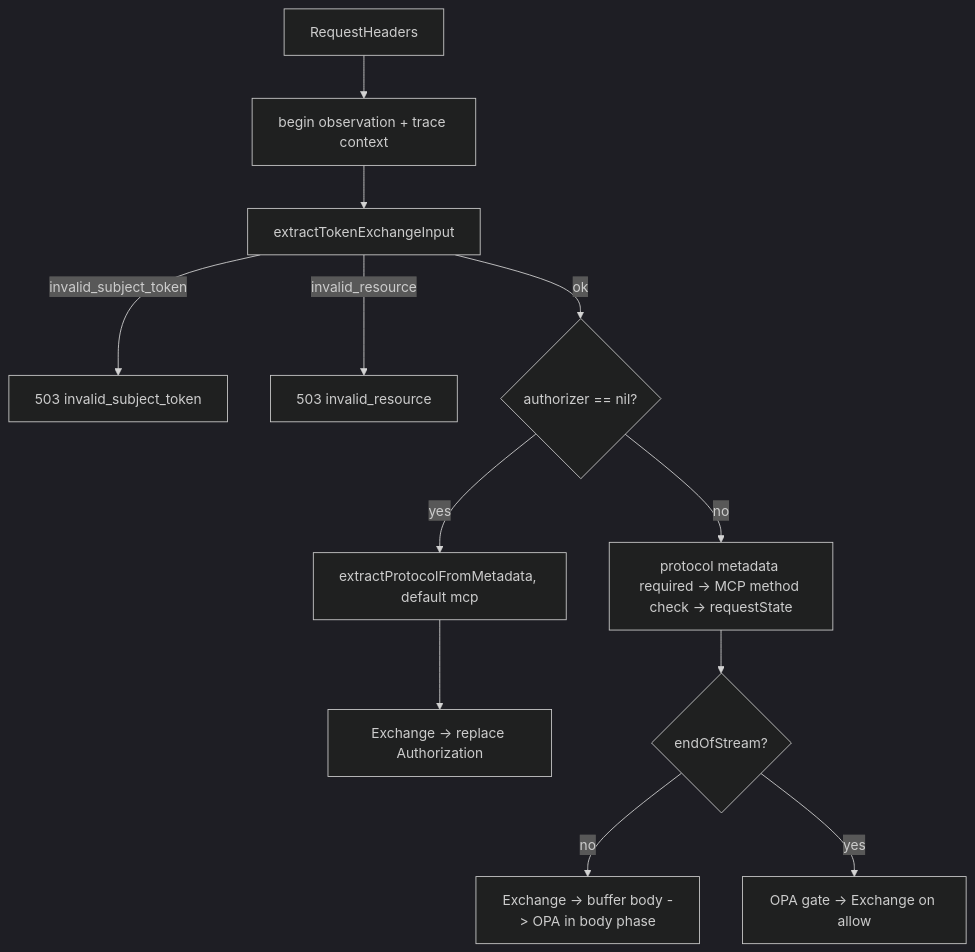
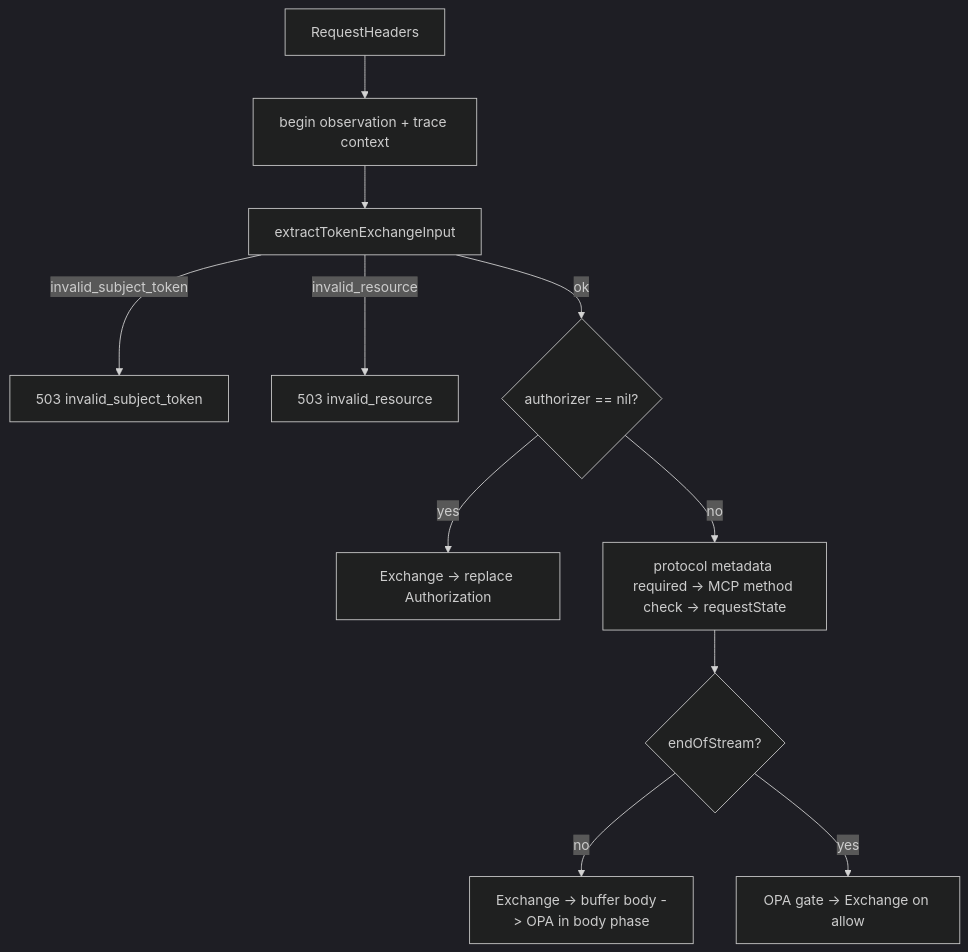
The diagram in specs/043-extproc-metadata-input/data-model.md (zalando-incubator/agentic-identity-broker), drawn with Mermaid (dark theme) before and after one commit. The commit also changed other lines of this file and 2 other files, not shown here.

````diff
--- a/specs/043-extproc-metadata-input/data-model.md
+++ b/specs/043-extproc-metadata-input/data-model.md
@@ -125,14 +125,13 @@
 ```mermaid
 flowchart TD
     A[RequestHeaders] --> B[begin observation + trace context]
     B --> C[extractTokenExchangeInput]
     C -->|invalid_subject_token| R1[503 invalid_subject_token]
     C -->|invalid_resource| R2[503 invalid_resource]
     C -->|ok| D{authorizer == nil?}
-    D -->|yes| E[extractProtocolFromMetadata, default mcp]
-    E --> F[Exchange -> replace Authorization]
+    D -->|yes| F[Exchange -> replace Authorization]
     D -->|no| G[protocol metadata required -> MCP method check -> requestState]
     G --> H{endOfStream?}
     H -->|no| I[Exchange -> buffer body -> OPA in body phase]
     H -->|yes| J[OPA gate -> Exchange on allow]
 ```
````
